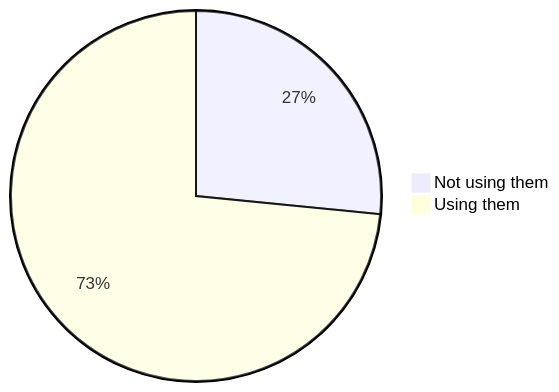
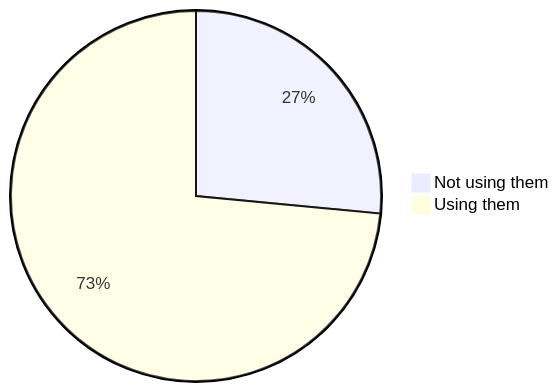
One commit to oshp/oshp-stats changed the first of 22 diagrams in stats.md. Above: the diagram before and after it, drawn with Mermaid. The commit also changed other lines of this file, not shown here.

````diff
--- a/stats.md
+++ b/stats.md
@@ -10,6 +10,6 @@
 ```mermaid
 pie
-	"Not using them" : 26.57
-	"Using them" : 73.43
+	"Not using them" : 26.51
+	"Using them" : 73.49
 
 ```
````
